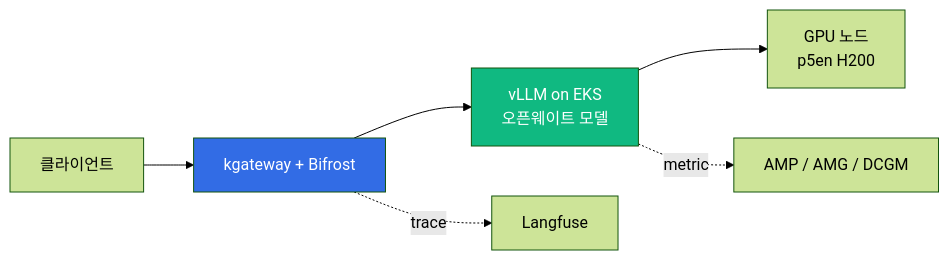
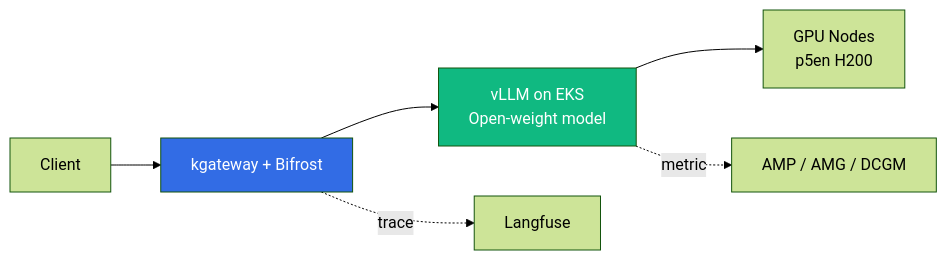
The second of 2 diagrams in docs/agentic-ai-platform/reference-architecture/integrations/open-weight-model-deployment.md (devfloor9/engineering-playbook), drawn with Mermaid (forest theme) before and after one commit. The commit also changed other lines of this file and 954 other files, not shown here.

````diff
--- a/docs/agentic-ai-platform/reference-architecture/integrations/open-weight-model-deployment.md
+++ b/docs/agentic-ai-platform/reference-architecture/integrations/open-weight-model-deployment.md
@@ -171,11 +171,11 @@
 ```mermaid
 flowchart LR
-    Client[클라이언트] --> GW[kgateway + Bifrost]
-    GW --> VLLM[vLLM on EKS<br/>오픈웨이트 모델]
-    VLLM --> GPU[GPU 노드<br/>p5en H200]
+    Client[Client] --> GW[kgateway + Bifrost]
+    GW --> VLLM[vLLM on EKS<br/>Open-weight model]
+    VLLM --> GPU[GPU Nodes<br/>p5en H200]
     GW -.->|trace| LF[Langfuse]
     VLLM -.->|metric| MON[AMP / AMG / DCGM]
 
     style VLLM fill:#10b981,color:#fff
     style GW fill:#326ce5,color:#fff
 ```
````
